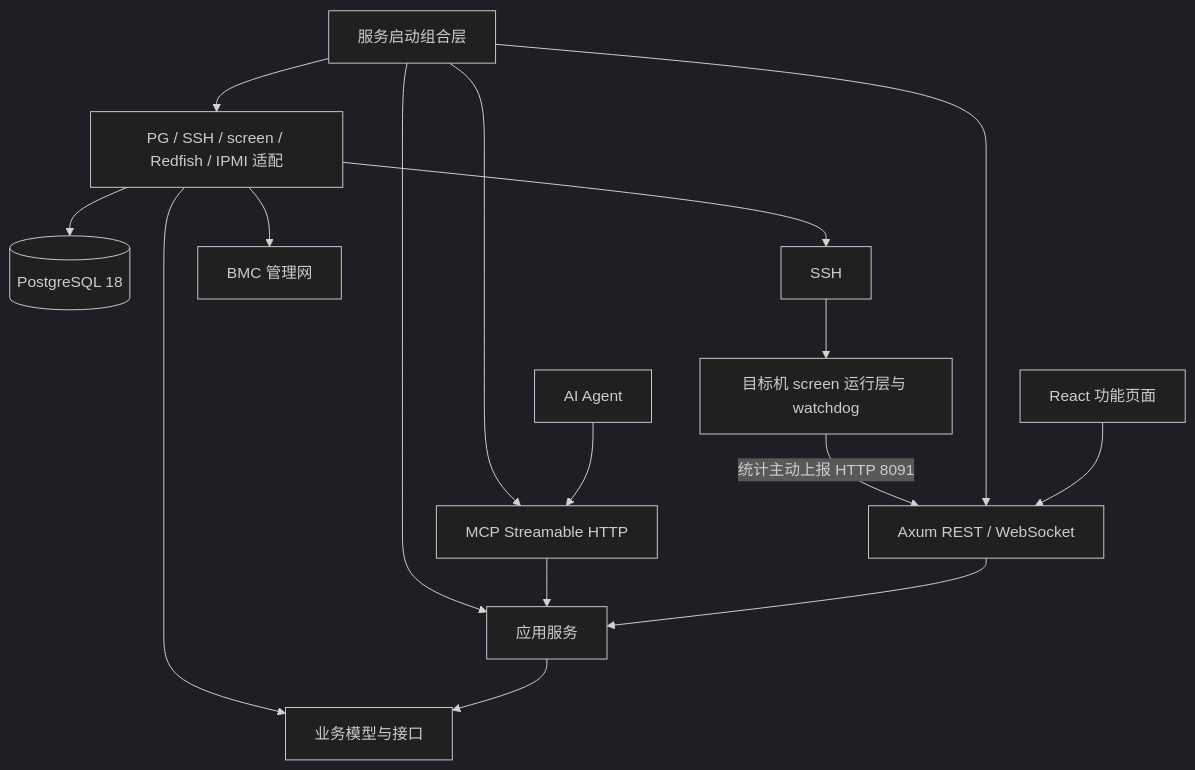
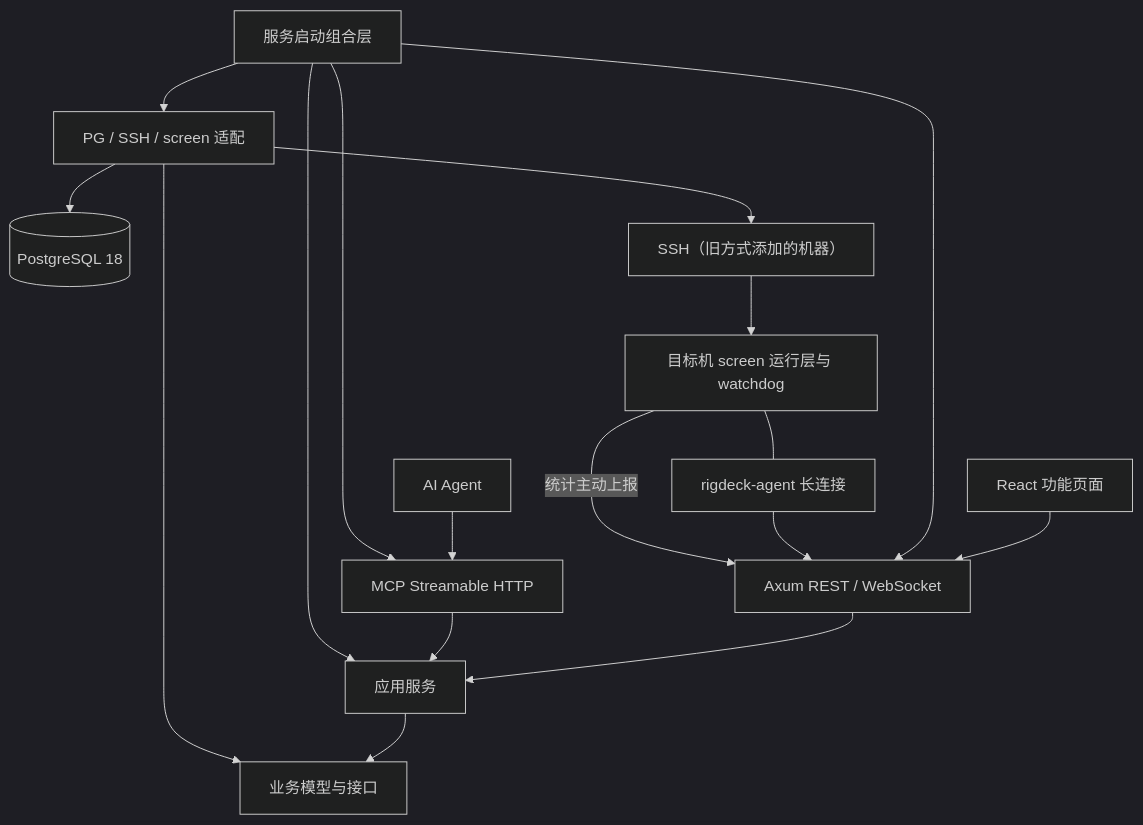
One commit to Avalonbtc/local-os changed the diagram in docs/architecture.md. Above: the diagram before and after it, drawn with Mermaid (dark theme). The commit also changed other lines of this file and 89 other files, not shown here.

First line of the commit message:
Join rigs with one install command over an agent connection; remove BMC and BIOS

````diff
--- a/docs/architecture.md
+++ b/docs/architecture.md
@@ -5,18 +5,19 @@
 ```mermaid
 flowchart TD
   Web[React 功能页面] --> REST[Axum REST / WebSocket]
   Agent[AI Agent] --> MCP[MCP Streamable HTTP]
   REST --> App[应用服务]
   MCP --> App
   App --> Domain[业务模型与接口]
-  Infra[PG / SSH / screen / Redfish / IPMI 适配] --> Domain
+  Infra[PG / SSH / screen 适配] --> Domain
   Main[服务启动组合层] --> REST
   Main --> MCP
   Main --> App
   Main --> Infra
   Infra --> PG[(PostgreSQL 18)]
-  Infra --> SSH[SSH]
+  Infra --> SSH[SSH（旧方式添加的机器）]
   SSH --> Runtime[目标机 screen 运行层与 watchdog]
-  Infra --> BMC[BMC 管理网]
-  Runtime -->|统计主动上报 HTTP 8091| REST
+  AgentConn[rigdeck-agent 长连接] --> REST
+  Runtime --- AgentConn
+  Runtime -->|统计主动上报| REST
 ```
````
